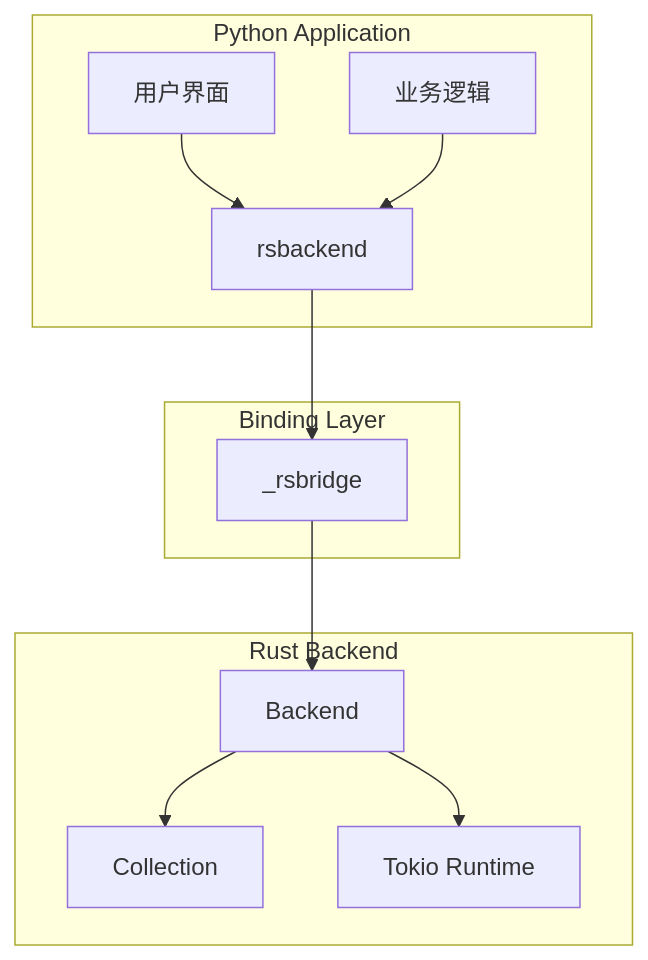
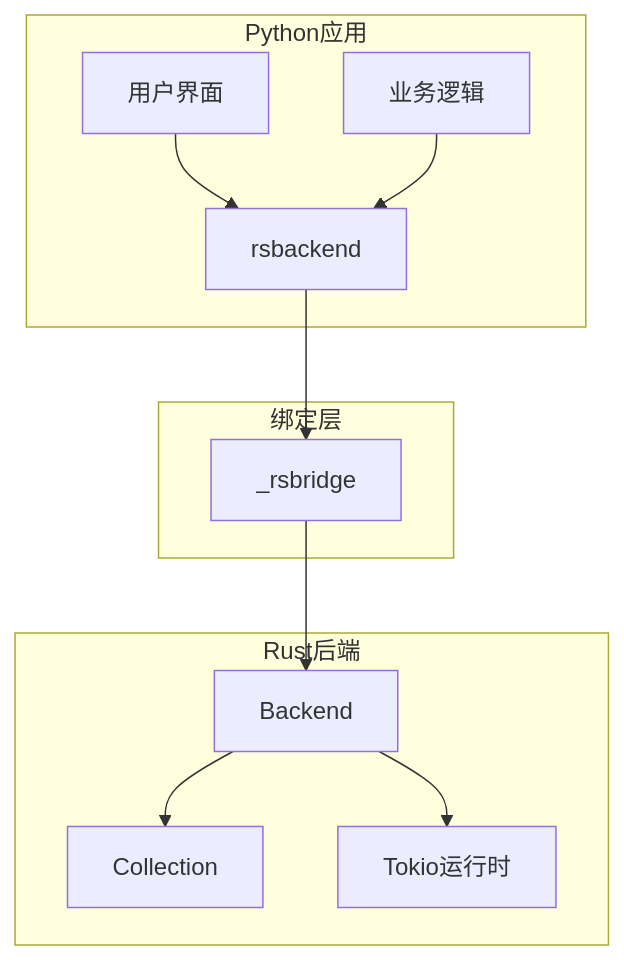
One commit to afanty2021/anki changed the second of 7 diagrams in .qoder/repowiki/zh/content/Python业务层/Python-Rust桥接机制/接口调用与生命周期管理.md. Above: the diagram before and after it, drawn with Mermaid. The commit also changed other lines of this file and 8 other files, not shown here.

````diff
--- a/.qoder/repowiki/zh/content/Python业务层/Python-Rust桥接机制/接口调用与生命周期管理.md
+++ b/.qoder/repowiki/zh/content/Python业务层/Python-Rust桥接机制/接口调用与生命周期管理.md
@@ -68,22 +79,22 @@
 ```mermaid
 graph TB
-subgraph "Python Application"
+subgraph "Python应用"
 UI[用户界面]
 BusinessLogic[业务逻辑]
 rsbackend[rsbackend]
 end
-subgraph "Binding Layer"
+subgraph "绑定层"
 _rsbridge[_rsbridge]
 end
-subgraph "Rust Backend"
+subgraph "Rust后端"
 Backend[Backend]
 Collection[Collection]
-Tokio[Tokio Runtime]
+Tokio[Tokio运行时]
 end
 UI --> rsbackend
 BusinessLogic --> rsbackend
 rsbackend --> _rsbridge
 _rsbridge --> Backend
 Backend --> Collection
 Backend --> Tokio
 ```
````
